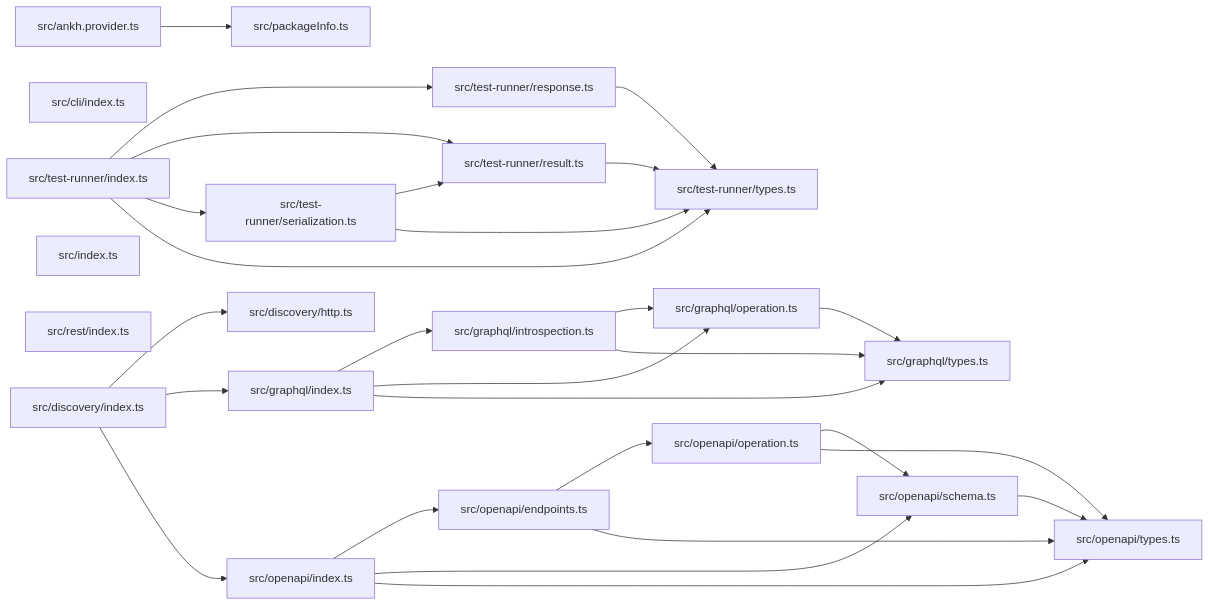
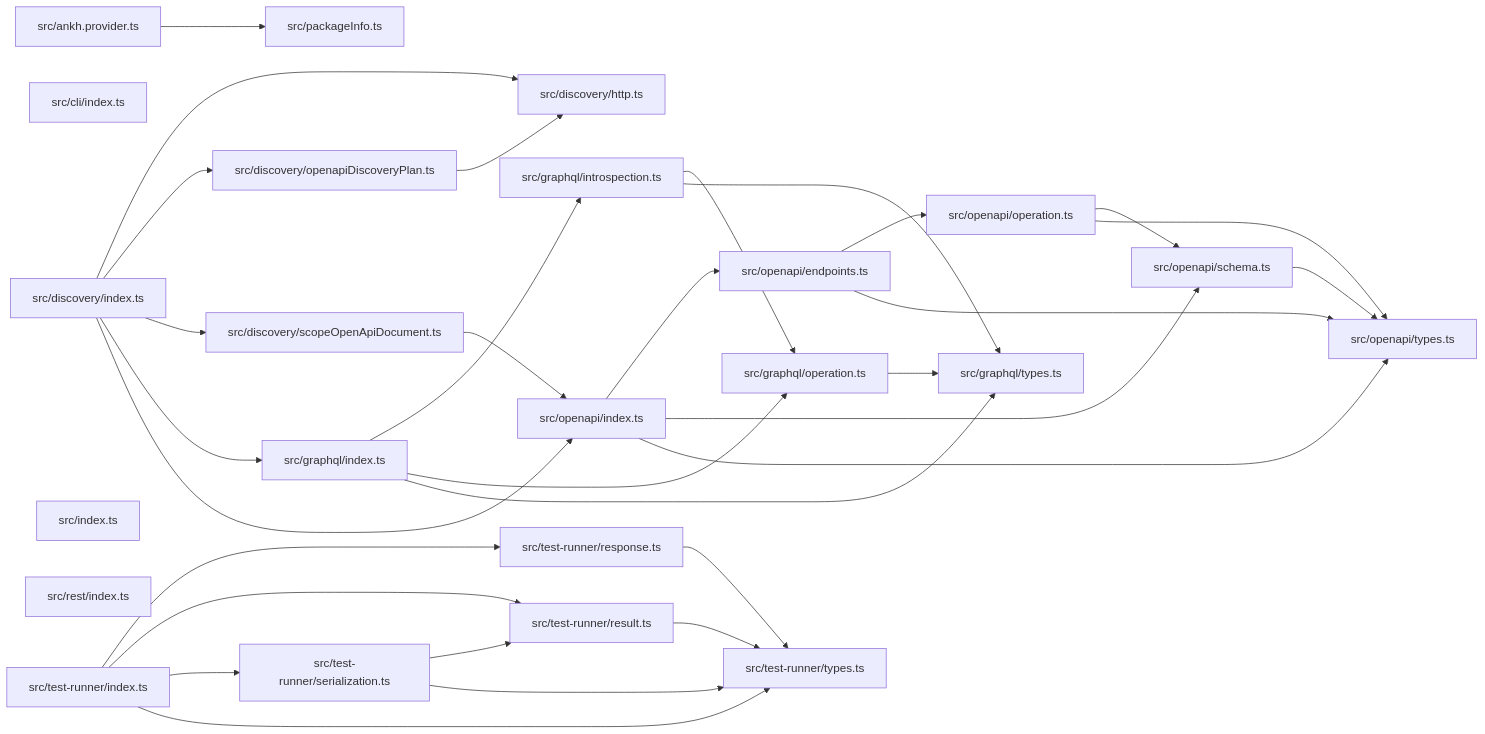
Before and after one commit to ankhorage/data-sources: the diagram in paradox/diagrams/module-relationships.mmd, drawn with Mermaid. The commit also changed 51 other files, not shown here.

```diff
--- a/paradox/diagrams/module-relationships.mmd
+++ b/paradox/diagrams/module-relationships.mmd
@@ -1,48 +1,54 @@
 graph LR
   module_src_ankh_provider_ts["src/ankh.provider.ts"]
   module_src_cli_index_ts["src/cli/index.ts"]
   module_src_discovery_http_ts["src/discovery/http.ts"]
   module_src_discovery_index_ts["src/discovery/index.ts"]
+  module_src_discovery_openapiDiscoveryPlan_ts["src/discovery/openapiDiscoveryPlan.ts"]
+  module_src_discovery_scopeOpenApiDocument_ts["src/discovery/scopeOpenApiDocument.ts"]
   module_src_graphql_index_ts["src/graphql/index.ts"]
   module_src_graphql_introspection_ts["src/graphql/introspection.ts"]
   module_src_graphql_operation_ts["src/graphql/operation.ts"]
   module_src_graphql_types_ts["src/graphql/types.ts"]
   module_src_index_ts["src/index.ts"]
   module_src_openapi_endpoints_ts["src/openapi/endpoints.ts"]
   module_src_openapi_index_ts["src/openapi/index.ts"]
   module_src_openapi_operation_ts["src/openapi/operation.ts"]
   module_src_openapi_schema_ts["src/openapi/schema.ts"]
   module_src_openapi_types_ts["src/openapi/types.ts"]
   module_src_packageInfo_ts["src/packageInfo.ts"]
   module_src_rest_index_ts["src/rest/index.ts"]
   module_src_test_runner_index_ts["src/test-runner/index.ts"]
   module_src_test_runner_response_ts["src/test-runner/response.ts"]
   module_src_test_runner_result_ts["src/test-runner/result.ts"]
   module_src_test_runner_serialization_ts["src/test-runner/serialization.ts"]
   module_src_test_runner_types_ts["src/test-runner/types.ts"]
   module_src_ankh_provider_ts --> module_src_packageInfo_ts
   module_src_discovery_index_ts --> module_src_discovery_http_ts
+  module_src_discovery_index_ts --> module_src_discovery_openapiDiscoveryPlan_ts
+  module_src_discovery_index_ts --> module_src_discovery_scopeOpenApiDocument_ts
   module_src_discovery_index_ts --> module_src_graphql_index_ts
   module_src_discovery_index_ts --> module_src_openapi_index_ts
+  module_src_discovery_openapiDiscoveryPlan_ts --> module_src_discovery_http_ts
+  module_src_discovery_scopeOpenApiDocument_ts --> module_src_openapi_index_ts
   module_src_graphql_index_ts --> module_src_graphql_introspection_ts
   module_src_graphql_index_ts --> module_src_graphql_operation_ts
   module_src_graphql_index_ts --> module_src_graphql_types_ts
   module_src_graphql_introspection_ts --> module_src_graphql_operation_ts
   module_src_graphql_introspection_ts --> module_src_graphql_types_ts
   module_src_graphql_operation_ts --> module_src_graphql_types_ts
   module_src_openapi_endpoints_ts --> module_src_openapi_operation_ts
   module_src_openapi_endpoints_ts --> module_src_openapi_types_ts
   module_src_openapi_index_ts --> module_src_openapi_endpoints_ts
   module_src_openapi_index_ts --> module_src_openapi_schema_ts
   module_src_openapi_index_ts --> module_src_openapi_types_ts
   module_src_openapi_operation_ts --> module_src_openapi_schema_ts
   module_src_openapi_operation_ts --> module_src_openapi_types_ts
   module_src_openapi_schema_ts --> module_src_openapi_types_ts
   module_src_test_runner_index_ts --> module_src_test_runner_response_ts
   module_src_test_runner_index_ts --> module_src_test_runner_result_ts
   module_src_test_runner_index_ts --> module_src_test_runner_serialization_ts
   module_src_test_runner_index_ts --> module_src_test_runner_types_ts
   module_src_test_runner_response_ts --> module_src_test_runner_types_ts
   module_src_test_runner_result_ts --> module_src_test_runner_types_ts
   module_src_test_runner_serialization_ts --> module_src_test_runner_result_ts
   module_src_test_runner_serialization_ts --> module_src_test_runner_types_ts
```
